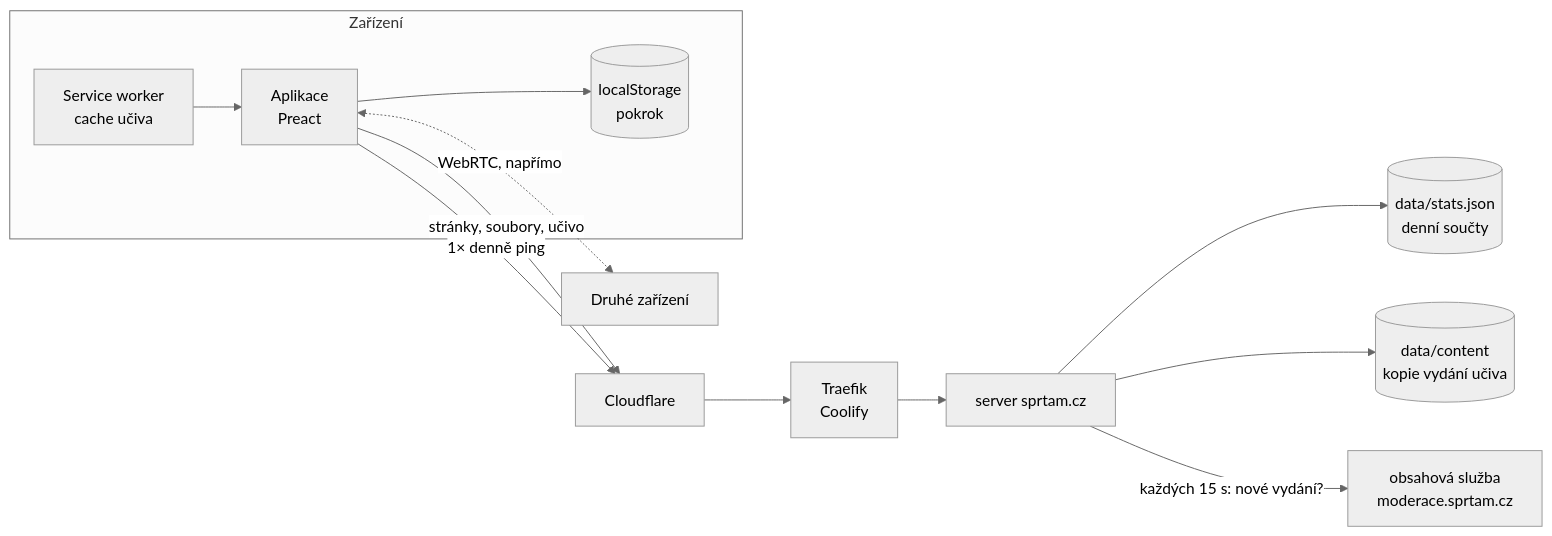
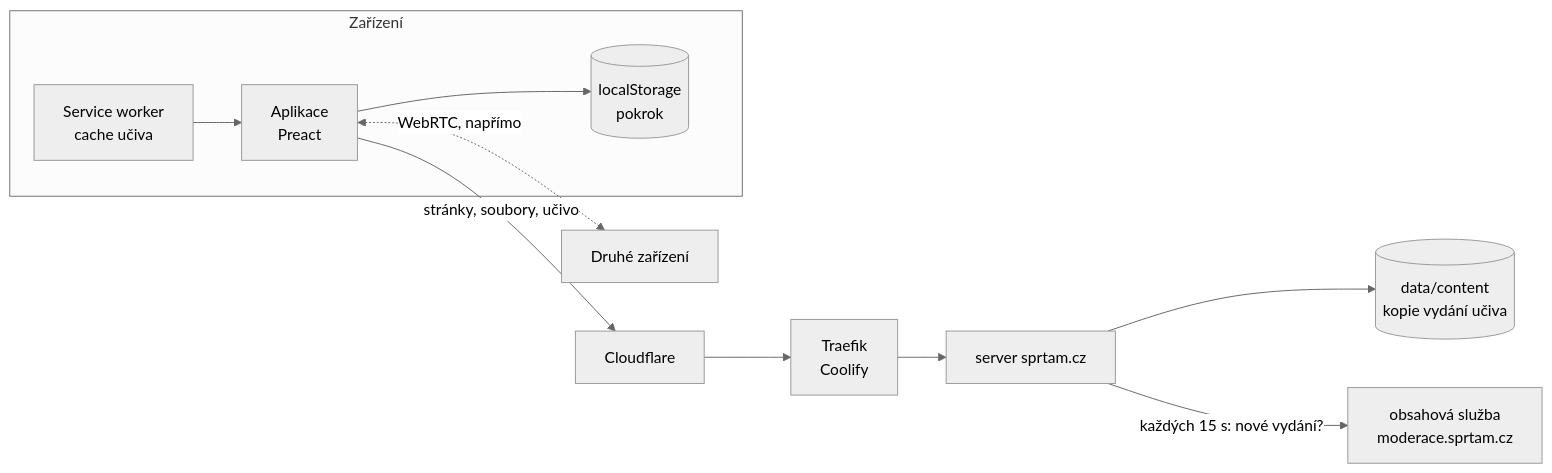
Before and after one commit to mrpajzl/sprtam: the diagram in docs/ARCHITEKTURA.md, drawn with Mermaid (neutral theme). The commit also changed other lines of this file and 8 other files, not shown here.

````diff
--- a/docs/ARCHITEKTURA.md
+++ b/docs/ARCHITEKTURA.md
@@ -15,13 +15,11 @@
 ```mermaid
 flowchart LR
     subgraph Zařízení
       UI[Aplikace<br/>Preact] --> LS[(localStorage<br/>pokrok)]
       SW[Service worker<br/>cache učiva] --> UI
     end
     UI -- stránky, soubory, učivo --> CF[Cloudflare] --> P[Traefik<br/>Coolify] --> S[server sprtam.cz]
-    UI -- 1× denně ping --> CF
-    S --> ST[(data/stats.json<br/>denní součty)]
     S --> CC[(data/content<br/>kopie vydání učiva)]
     S -- každých 15 s: nové vydání? --> M[obsahová služba<br/>moderace.sprtam.cz]
     UI <-. WebRTC, napřímo .-> UI2[Druhé zařízení]
 ```
````
